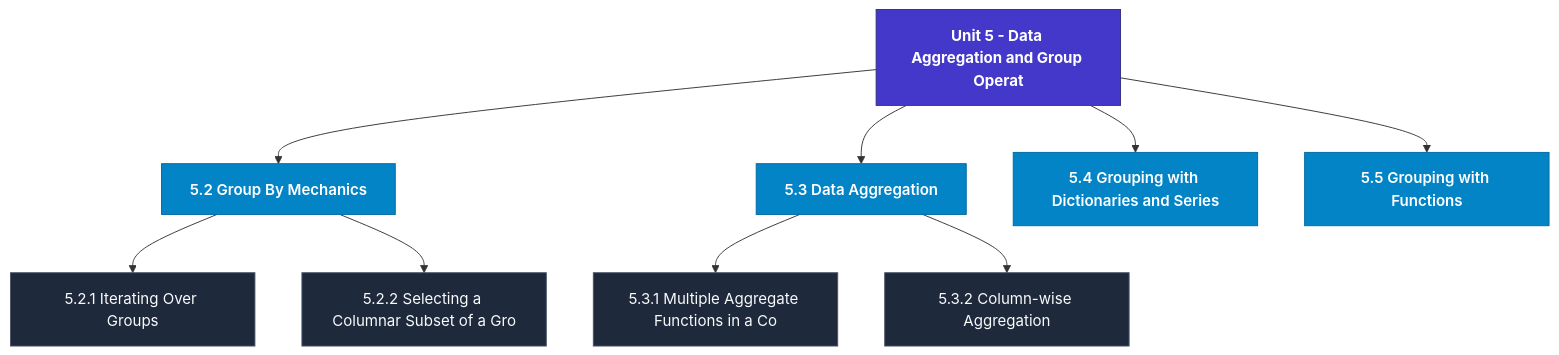
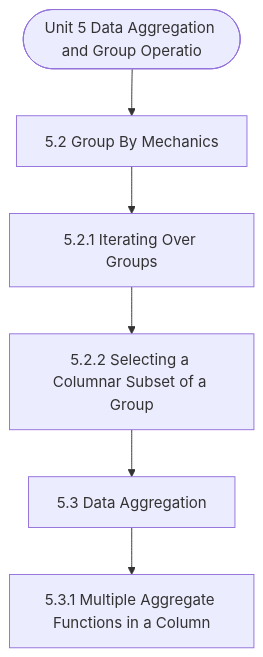
One commit to Asutosh-Coaching/mscdsa changed the diagram in notes/Semester_2/MCS-067_Data_Wrangling_and_Visualization/unit_05_Data_Aggregation_and_Group_Operations.md. Above: the diagram before and after it, drawn with Mermaid. The commit also changed other lines of this file and 115 other files, not shown here.

Commit message:
Fix Mermaid layout for mobile, isolate LaTeX delimiters, and add GitHub Pages reader

````diff
--- a/notes/Semester_2/MCS-067_Data_Wrangling_and_Visualization/unit_05_Data_Aggregation_and_Group_Operations.md
+++ b/notes/Semester_2/MCS-067_Data_Wrangling_and_Visualization/unit_05_Data_Aggregation_and_Group_Operations.md
@@ -19,25 +19,14 @@
 ```mermaid
 flowchart TD
-  %% Styling Definitions
-  classDef head fill:#4338ca,stroke:#312e81,color:#ffffff,font-weight:bold;
-  classDef topic fill:#0284c7,stroke:#0369a1,color:#ffffff,font-weight:600;
-  classDef sub fill:#1e293b,stroke:#475569,color:#f8fafc;
-
-  Root["Unit 5 - Data Aggregation and Group Operat"]:::head
-  M1["5.2 Group By Mechanics"]:::topic
-  Root --> M1
-  M1_1["5.2.1 Iterating Over Groups"]:::sub
-  M1 --> M1_1
-  M1_2["5.2.2 Selecting a Columnar Subset of a Gro"]:::sub
-  M1 --> M1_2
-  M2["5.3 Data Aggregation"]:::topic
-  Root --> M2
-  M2_1["5.3.1 Multiple Aggregate Functions in a Co"]:::sub
-  M2 --> M2_1
-  M2_2["5.3.2 Column-wise Aggregation"]:::sub
-  M2 --> M2_2
-  M3["5.4 Grouping with Dictionaries and Series"]:::topic
-  Root --> M3
-  M4["5.5 Grouping with Functions"]:::topic
-  Root --> M4
+  Start(["Unit 5 Data Aggregation and Group Operatio"])
+  N1["5.2 Group By Mechanics"]
+  N2["5.2.1 Iterating Over Groups"]
+  N3["5.2.2 Selecting a Columnar Subset of a Group"]
+  N4["5.3 Data Aggregation"]
+  N5["5.3.1 Multiple Aggregate Functions in a Column"]
+  Start --> N1
+  N1 --> N2
+  N2 --> N3
+  N3 --> N4
+  N4 --> N5
 ```
````
